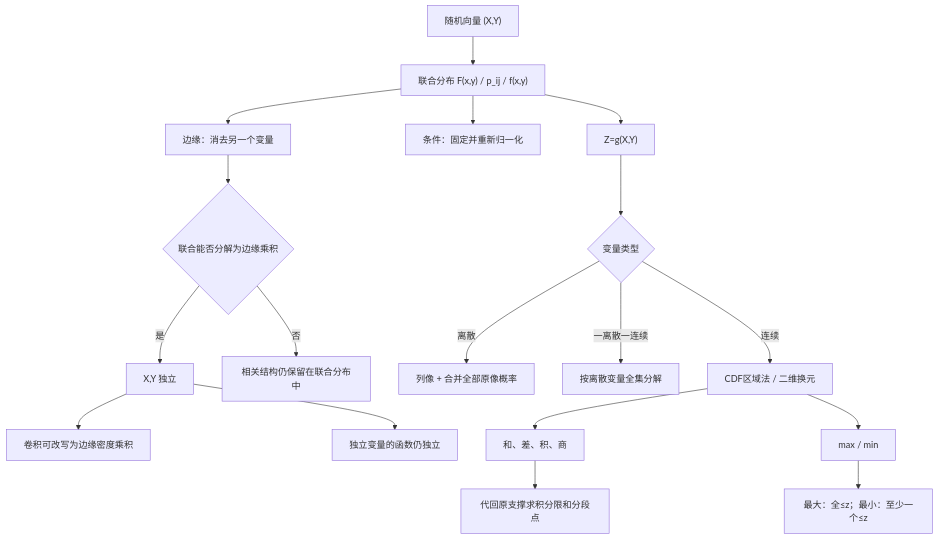
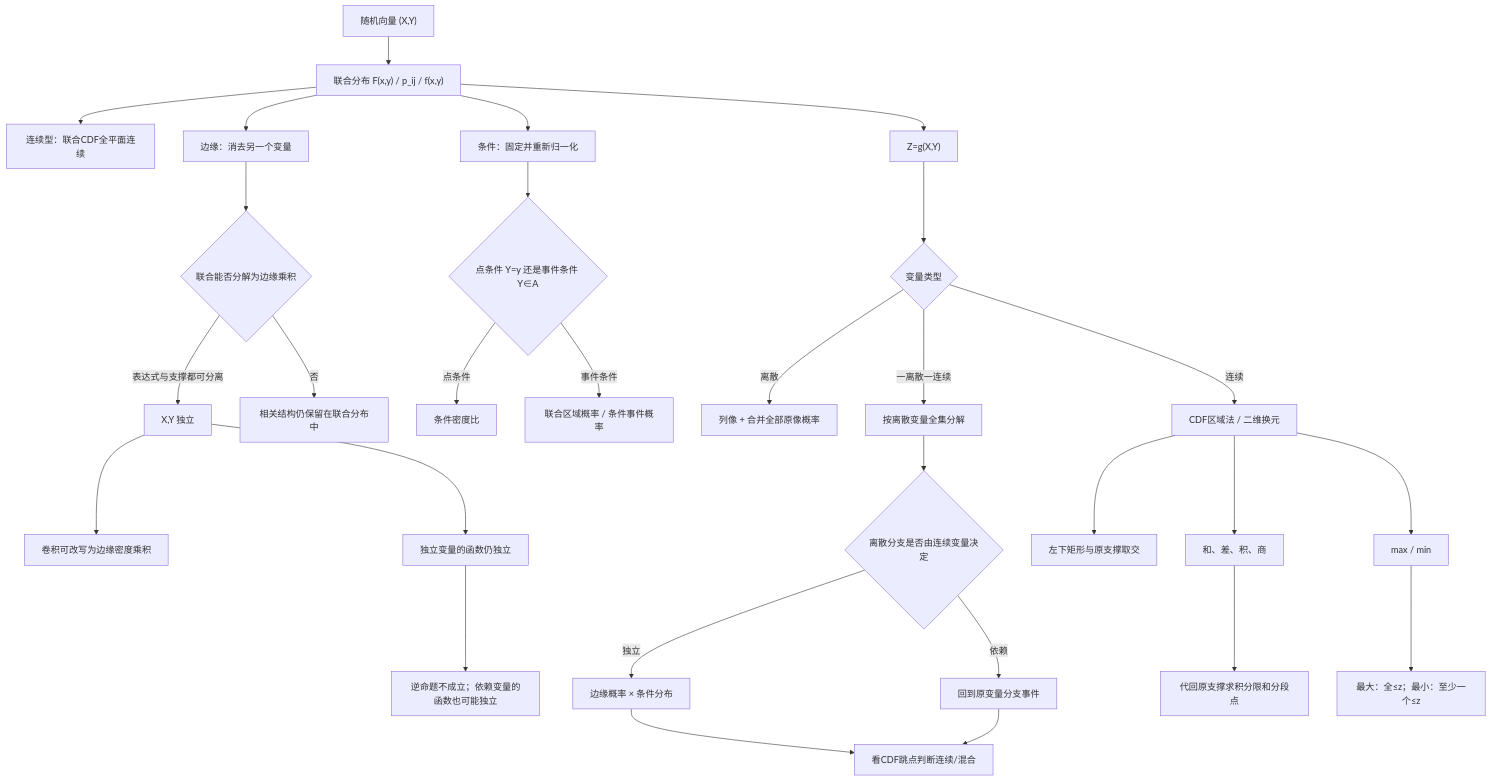
One commit to Cthaat/Obsidian changed the diagram in 考研数学/张宇基础30讲笔记/27_概率第3讲_多维随机变量及其分布.md. Above: the diagram before and after it, drawn with Mermaid. The commit also changed other lines of this file and 4 other files, not shown here.

````diff
--- a/考研数学/张宇基础30讲笔记/27_概率第3讲_多维随机变量及其分布.md
+++ b/考研数学/张宇基础30讲笔记/27_概率第3讲_多维随机变量及其分布.md
@@ -46,20 +65,31 @@
 ```mermaid
 flowchart TD
     A["随机向量 (X,Y)"] --> B["联合分布 F(x,y) / p_ij / f(x,y)"]
+    B --> B0["连续型：联合CDF全平面连续"]
     B --> C["边缘：消去另一个变量"]
     B --> D["条件：固定并重新归一化"]
+    D --> D0{"点条件 Y=y 还是事件条件 Y∈A"}
+    D0 -->|点条件| D1["条件密度比"]
+    D0 -->|事件条件| D2["联合区域概率 / 条件事件概率"]
     C --> E{"联合能否分解为边缘乘积"}
-    E -->|是| F["X,Y 独立"]
+    E -->|表达式与支撑都可分离| F["X,Y 独立"]
     E -->|否| G["相关结构仍保留在联合分布中"]
     B --> H["Z=g(X,Y)"]
     H --> I{"变量类型"}
     I -->|离散| J["列像 + 合并全部原像概率"]
     I -->|一离散一连续| K["按离散变量全集分解"]
+    K --> K0{"离散分支是否由连续变量决定"}
+    K0 -->|独立| K1["边缘概率 × 条件分布"]
+    K0 -->|依赖| K2["回到原变量分支事件"]
+    K1 --> K3["看CDF跳点判断连续/混合"]
+    K2 --> K3
     I -->|连续| L["CDF区域法 / 二维换元"]
+    L --> L0["左下矩形与原支撑取交"]
     L --> M["和、差、积、商"]
     L --> N["max / min"]
     M --> O["代回原支撑求积分限和分段点"]
     N --> P["最大：全≤z；最小：至少一个≤z"]
     F --> Q["卷积可改写为边缘密度乘积"]
     F --> R["独立变量的函数仍独立"]
+    R --> S["逆命题不成立；依赖变量的函数也可能独立"]
 ```
````
